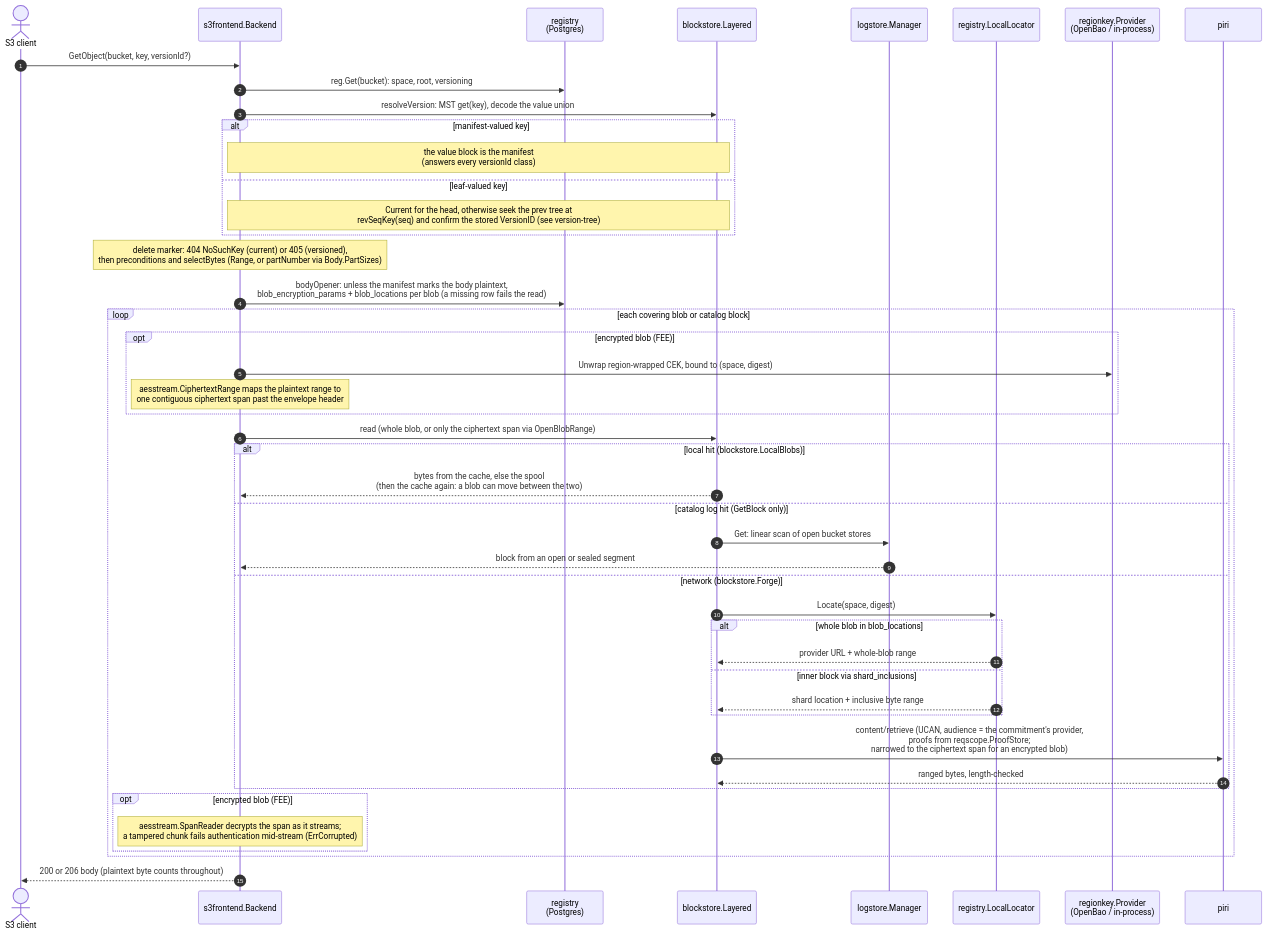
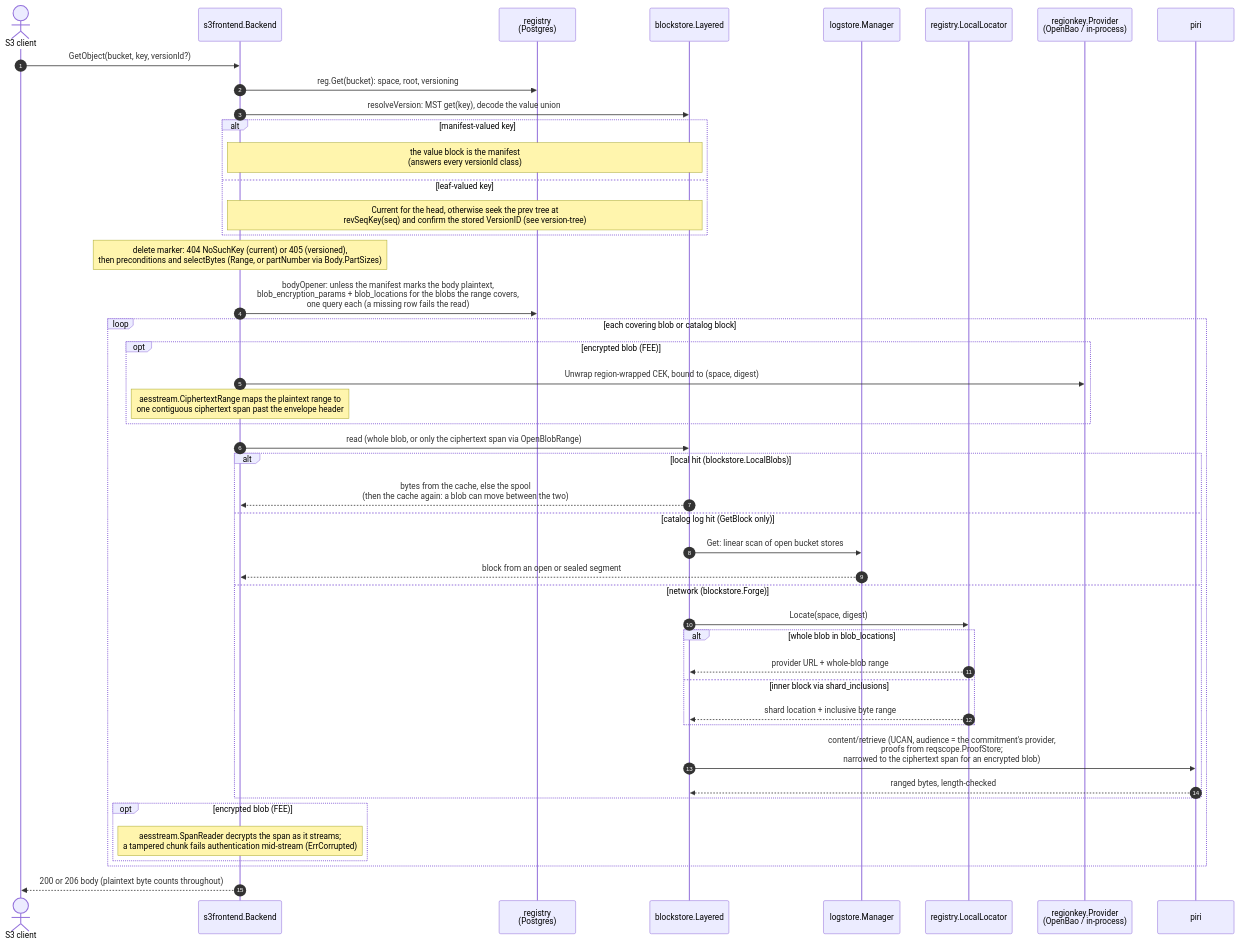
One commit to fil-forge/ingot changed the fifth of 14 diagrams in docs/diagrams.md. Above: the diagram before and after it, drawn with Mermaid. The commit also changed 9 other files, not shown here.

````diff
--- a/docs/diagrams.md
+++ b/docs/diagrams.md
@@ -404,49 +404,49 @@
 ```mermaid
 sequenceDiagram
     autonumber
     actor C as S3 client
     participant B as s3frontend.Backend
     participant R as registry<br/>(Postgres)
     participant LY as blockstore.Layered
     participant LG as logstore.Manager
     participant LC as registry.LocalLocator
     participant K as regionkey.Provider<br/>(OpenBao / in-process)
     participant P as piri
 
     C->>B: GetObject(bucket, key, versionId?)
     B->>R: reg.Get(bucket): space, root, versioning
     B->>LY: resolveVersion: MST get(key), decode the value union
     alt manifest-valued key
         Note over B,LY: the value block is the manifest<br/>(answers every versionId class)
     else leaf-valued key
         Note over B,LY: Current for the head, otherwise seek the prev tree at<br/>revSeqKey(seq) and confirm the stored VersionID (see version-tree)
     end
     Note over B: delete marker: 404 NoSuchKey (current) or 405 (versioned),<br/>then preconditions and selectBytes (Range, or partNumber via Body.PartSizes)
-    B->>R: bodyOpener: unless the manifest marks the body plaintext,<br/>blob_encryption_params + blob_locations per blob (a missing row fails the read)
+    B->>R: bodyOpener: unless the manifest marks the body plaintext,<br/>blob_encryption_params + blob_locations for the blobs the range covers,<br/>one query each (a missing row fails the read)
     loop each covering blob or catalog block
         opt encrypted blob (FEE)
             B->>K: Unwrap region-wrapped CEK, bound to (space, digest)
             Note over B: aesstream.CiphertextRange maps the plaintext range to<br/>one contiguous ciphertext span past the envelope header
         end
         B->>LY: read (whole blob, or only the ciphertext span via OpenBlobRange)
         alt local hit (blockstore.LocalBlobs)
             LY-->>B: bytes from the cache, else the spool<br/>(then the cache again: a blob can move between the two)
         else catalog log hit (GetBlock only)
             LY->>LG: Get: linear scan of open bucket stores
             LG-->>B: block from an open or sealed segment
         else network (blockstore.Forge)
             LY->>LC: Locate(space, digest)
             alt whole blob in blob_locations
                 LC-->>LY: provider URL + whole-blob range
             else inner block via shard_inclusions
                 LC-->>LY: shard location + inclusive byte range
             end
             LY->>P: content/retrieve (UCAN, audience = the commitment's provider,<br/>proofs from reqscope.ProofStore#59;<br/>narrowed to the ciphertext span for an encrypted blob)
             P-->>LY: ranged bytes, length-checked
         end
         opt encrypted blob (FEE)
             Note over B: aesstream.SpanReader decrypts the span as it streams#59;<br/>a tampered chunk fails authentication mid-stream (ErrCorrupted)
         end
     end
     B-->>C: 200 or 206 body (plaintext byte counts throughout)
 ```
````
